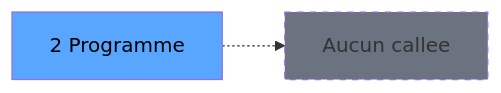
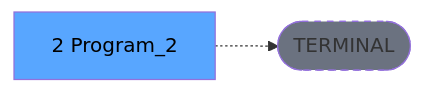
Before and after one commit to thonyAGP/lecteur-magic: the third of 3 diagrams in .openspec/specs/ADH-IDE-2.md, drawn with Mermaid. The commit also changed other lines of this file and 701 other files, not shown here.

````diff
--- a/.openspec/specs/ADH-IDE-2.md
+++ b/.openspec/specs/ADH-IDE-2.md
@@ -120,8 +134,8 @@
 ```mermaid
 graph LR
-    T[2 Programme]
-    NONE[Aucun callee]
-    T -.-> NONE
+    T[2 Program_2]
+    TERM([TERMINAL])
+    T -.-> TERM
+    style TERM fill:#6b7280,stroke-dasharray: 5 5
     style T fill:#58a6ff,color:#000
-    style NONE fill:#6b7280,stroke-dasharray: 5 5
 ```
````
